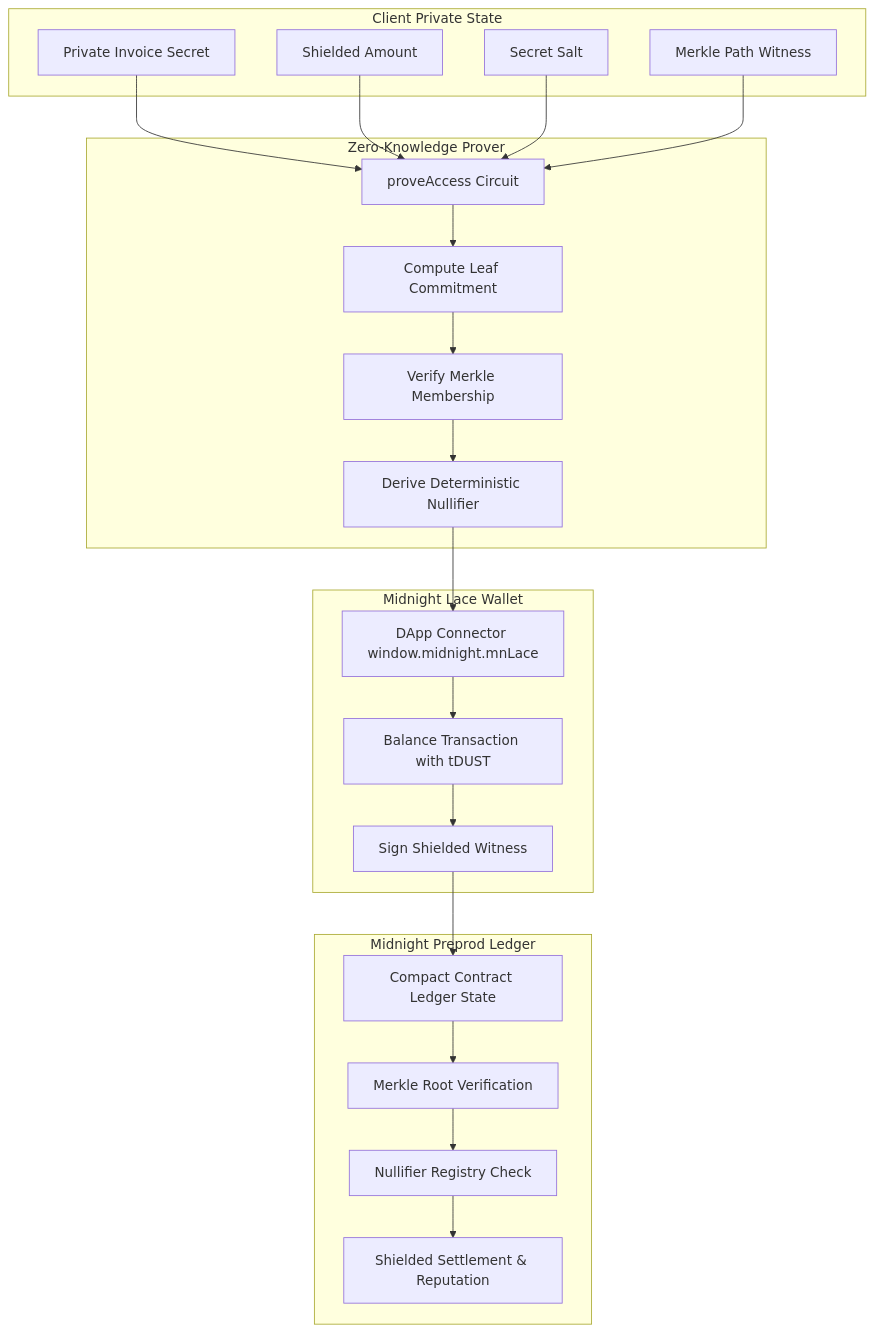
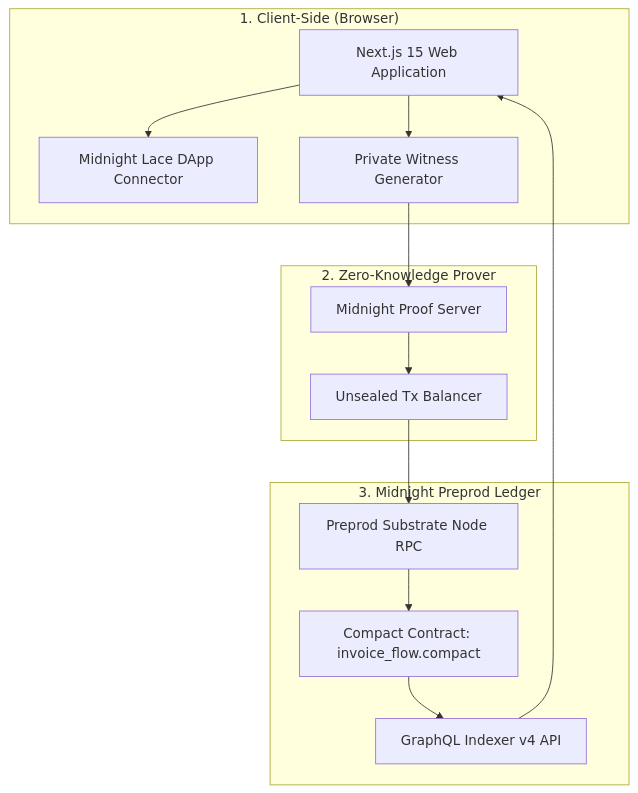
One commit to rishi3243kumar/InvoiceFlows changed the diagram in README.md. Above: the diagram before and after it, drawn with Mermaid. The commit also changed other lines of this file and 11 other files, not shown here.

````diff
--- a/README.md
+++ b/README.md
@@ -75,34 +88,28 @@
 ```mermaid
 graph TD
-    subgraph Client Private State
-        W1[Private Invoice Secret]
-        W2[Shielded Amount]
-        W3[Secret Salt]
-        W4[Merkle Path Witness]
-    end
+  subgraph Client ["1. Client-Side (Browser)"]
+    UI[Next.js 15 Web Application]
+    Lace[Midnight Lace DApp Connector]
+    Witness[Private Witness Generator]
+  end
 
-    subgraph Zero-Knowledge Prover
-        C1[proveAccess Circuit]
-        C2[Compute Leaf Commitment]
-        C3[Verify Merkle Membership]
-        C4[Derive Deterministic Nullifier]
-    end
+  subgraph ZKEngine ["2. Zero-Knowledge Prover"]
+    PS[Midnight Proof Server]
+    Balancer[Unsealed Tx Balancer]
+  end
 
-    subgraph Midnight Lace Wallet
-        L1[DApp Connector window.midnight.mnLace]
-        L2[Balance Transaction with tDUST]
-        L3[Sign Shielded Witness]
-    end
+  subgraph MidnightNetwork ["3. Midnight Preprod Ledger"]
+    Contract[Compact Contract: invoice_flow.compact]
+    Indexer[GraphQL Indexer v4 API]
+    RPC[Preprod Substrate Node RPC]
+  end
 
-    subgraph Midnight Preprod Ledger
-        M1[Compact Contract Ledger State]
-        M2[Merkle Root Verification]
-        M3[Nullifier Registry Check]
-        M4[Shielded Settlement & Reputation]
-    end
-
-    W1 & W2 & W3 & W4 --> C1
-    C1 --> C2 --> C3 --> C4
-    C4 --> L1 --> L2 --> L3
-    L3 --> M1 --> M2 --> M3 --> M4
+  UI --> Lace
+  UI --> Witness
+  Witness --> PS
+  PS --> Balancer
+  Balancer --> RPC
+  RPC --> Contract
+  Contract --> Indexer
+  Indexer --> UI
 ```
````
